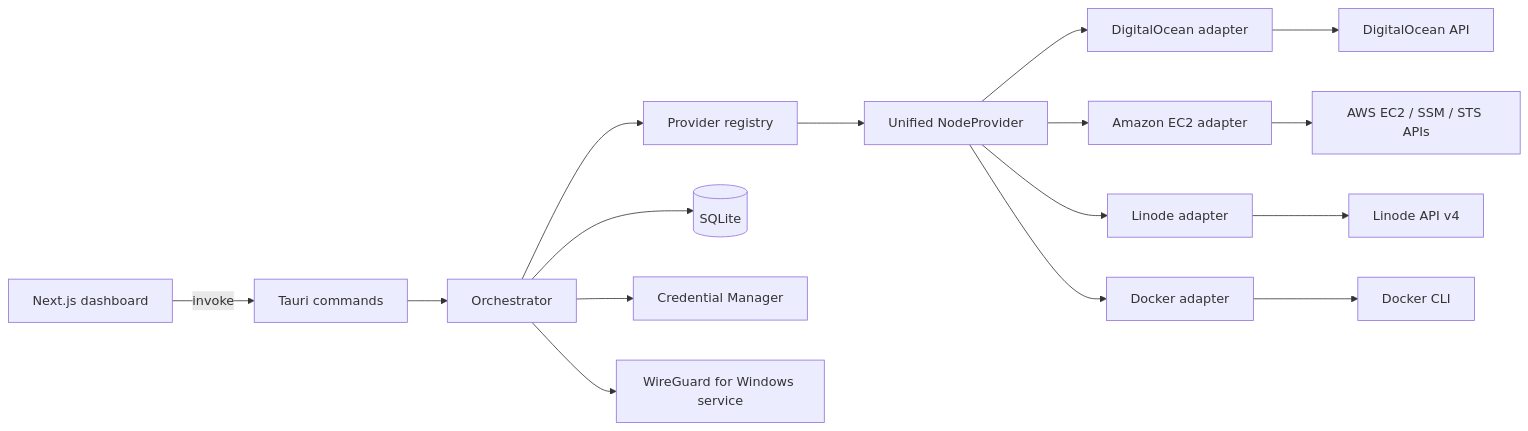
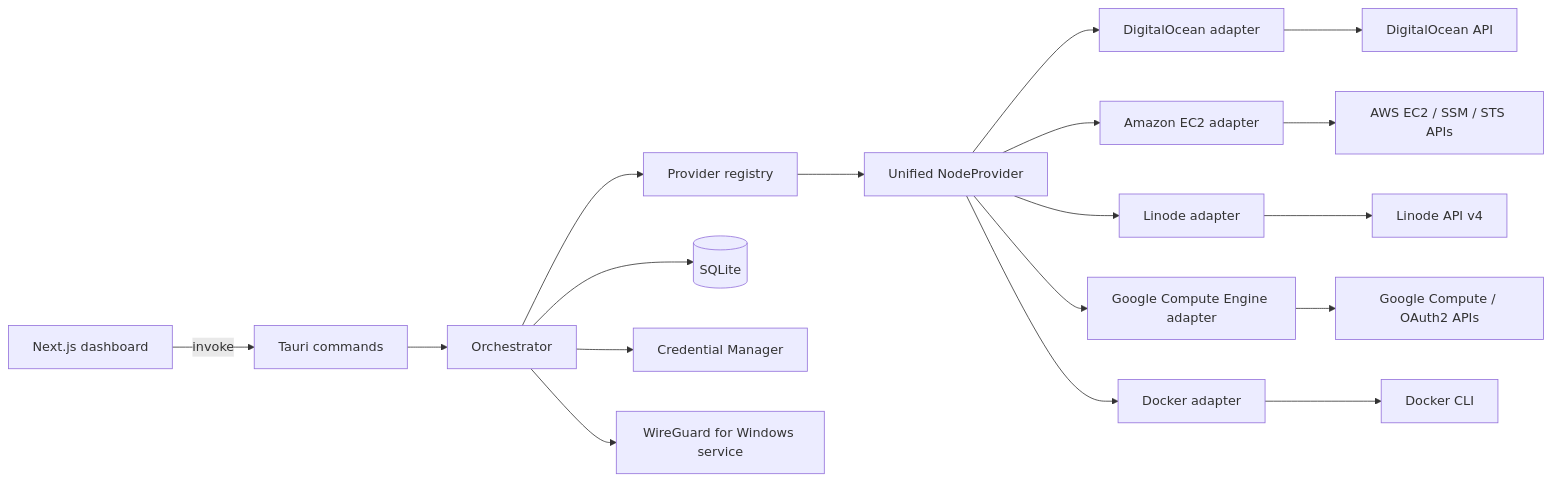
The diagram in docs/ARCHITECTURE.md (GoatPxl/blink-vpn), drawn with Mermaid before and after one commit. The commit also changed other lines of this file and 18 other files, not shown here.

````diff
--- a/docs/ARCHITECTURE.md
+++ b/docs/ARCHITECTURE.md
@@ -25,18 +26,20 @@
 ```mermaid
 flowchart LR
   UI[Next.js dashboard] -->|invoke| CMD[Tauri commands]
   CMD --> ORCH[Orchestrator]
   ORCH --> REG[Provider registry]
   REG --> NP[Unified NodeProvider]
   NP --> DO[DigitalOcean adapter]
   NP --> EC2[Amazon EC2 adapter]
   NP --> LIN[Linode adapter]
+  NP --> GCE[Google Compute Engine adapter]
   NP --> DKR[Docker adapter]
   ORCH --> DB[(SQLite)]
   ORCH --> SEC[Credential Manager]
   ORCH --> RUNTIME[WireGuard for Windows service]
   DO --> DOAPI[DigitalOcean API]
   EC2 --> AWSAPI[AWS EC2 / SSM / STS APIs]
   LIN --> LINAPI[Linode API v4]
+  GCE --> GCEAPI[Google Compute / OAuth2 APIs]
   DKR --> DKRCLI[Docker CLI]
 ```
````
